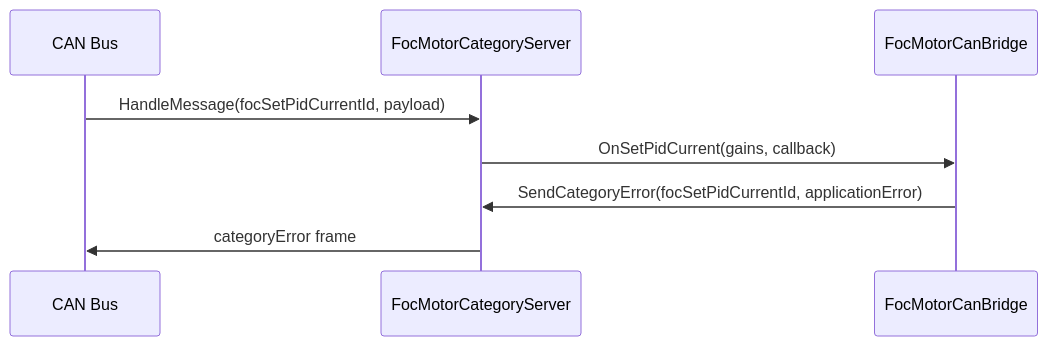
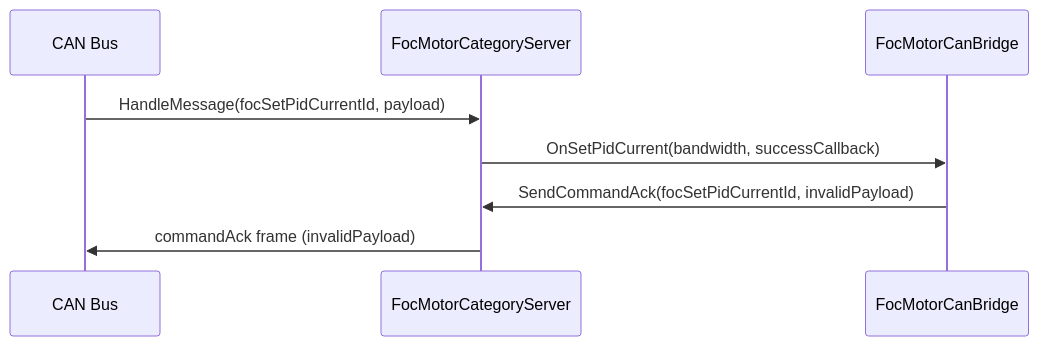
One commit to embedded-pro/e-foc changed the third of 4 diagrams in documentation/design/service-can.md. Above: the diagram before and after it, drawn with Mermaid. The commit also changed other lines of this file and 26 other files, not shown here.

````diff
--- a/documentation/design/service-can.md
+++ b/documentation/design/service-can.md
@@ -220,11 +220,11 @@
 ```mermaid
 sequenceDiagram
     participant CAN as CAN Bus
     participant SRV as FocMotorCategoryServer
     participant BRG as FocMotorCanBridge
 
     CAN->>SRV: HandleMessage(focSetPidCurrentId, payload)
-    SRV->>BRG: OnSetPidCurrent(gains, callback)
-    BRG->>SRV: SendCategoryError(focSetPidCurrentId, applicationError)
-    SRV->>CAN: categoryError frame
+    SRV->>BRG: OnSetPidCurrent(bandwidth, successCallback)
+    BRG->>SRV: SendCommandAck(focSetPidCurrentId, invalidPayload)
+    SRV->>CAN: commandAck frame (invalidPayload)
 ```
````
